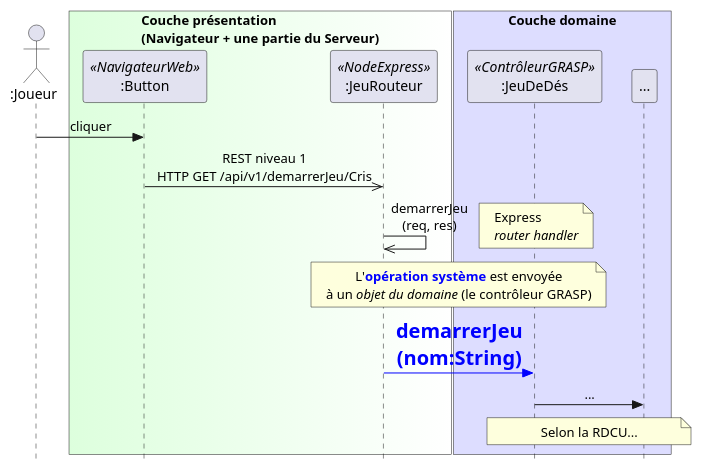
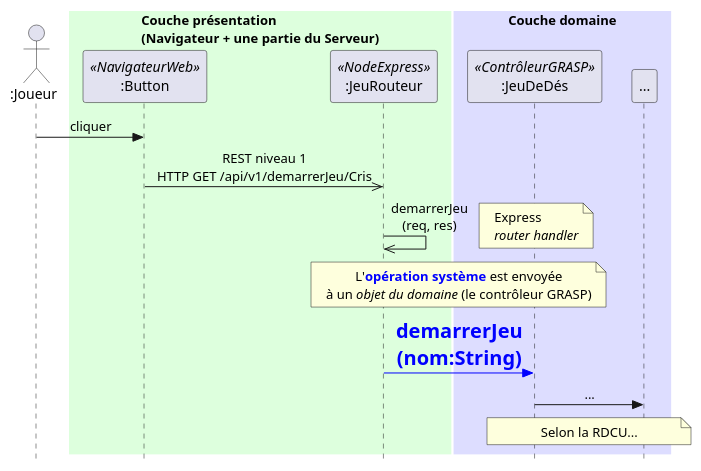
One commit to profcfuhrmanets/log210-jeu-de-des-node-express-ts changed the diagram in docs/dss-details-demarrerJeu.puml. Above: the diagram before and after it, drawn with PlantUML.

Commit message:
Pas de bordure sur les boîtes des couches

```diff
--- a/docs/dss-details-demarrerJeu.puml
+++ b/docs/dss-details-demarrerJeu.puml
@@ -1,32 +1,33 @@
 @startuml
 skinparam style strictuml
 skinparam backgroundcolor transparent
+skinparam SequenceBoxBorderColor transparent
 skinparam participantpadding 10
 'skinparam handwritten true
 skinparam sequenceMessageAlign center
 actor ":Joueur" as j
-box "Couche présentation\n(Navigateur + une partie du Serveur)" #ddffdd|ffffff
+box "Couche présentation\n(Navigateur + une partie du Serveur)" #ddffdd
 participant ":Button" as b <<NavigateurWeb>> 
 participant ":JeuRouteur" as r <<NodeExpress>>
 end box
 box "Couche domaine" #ddddff
 participant ":JeuDeDés" as c <<ContrôleurGRASP>>
 participant "..." as s
 end box
 j -> b : cliquer
 'note over r : Class du serveur web
 b ->> r : REST niveau 1\nHTTP GET /api/v1/demarrerJeu/Cris
 r ->> r : demarrerJeu\n(req, res)
 note right
 Express
 //router handler//
 end note
 skinparam NoteTextAlignment center
 note over r, c
 L'<color blue>**opération système**</color> est envoyée
 à un //objet du domaine// (le contrôleur GRASP)
 end note
 r -[#blue,bold]> c : <color blue><size 20>**demarrerJeu**\n<color blue><size 20>**(nom:String)**</color>
 c -> s : ...
 note over c, s : Selon la RDCU...
 @enduml
```
